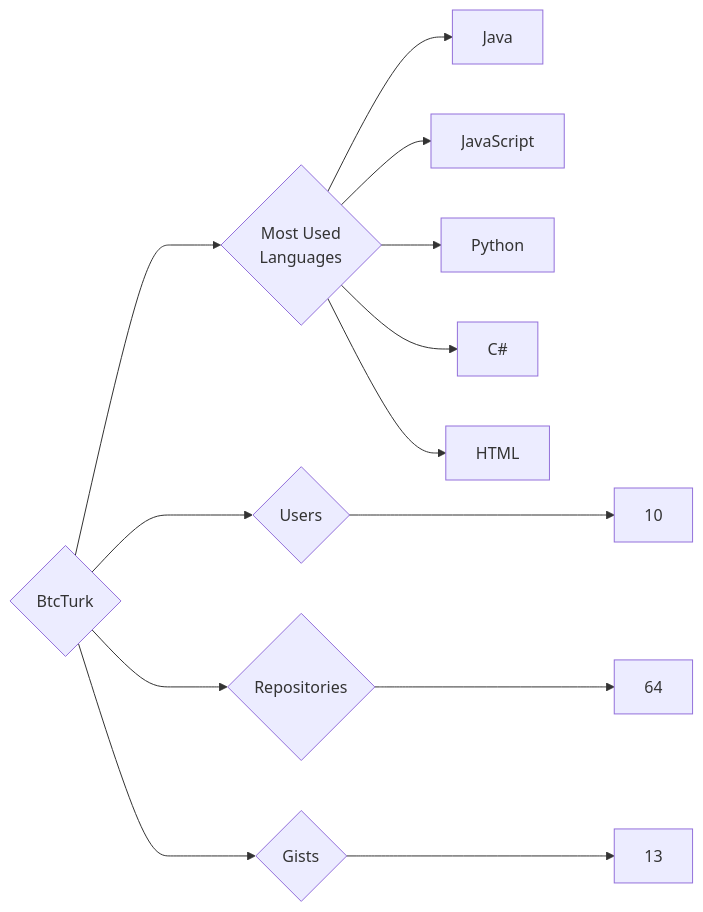
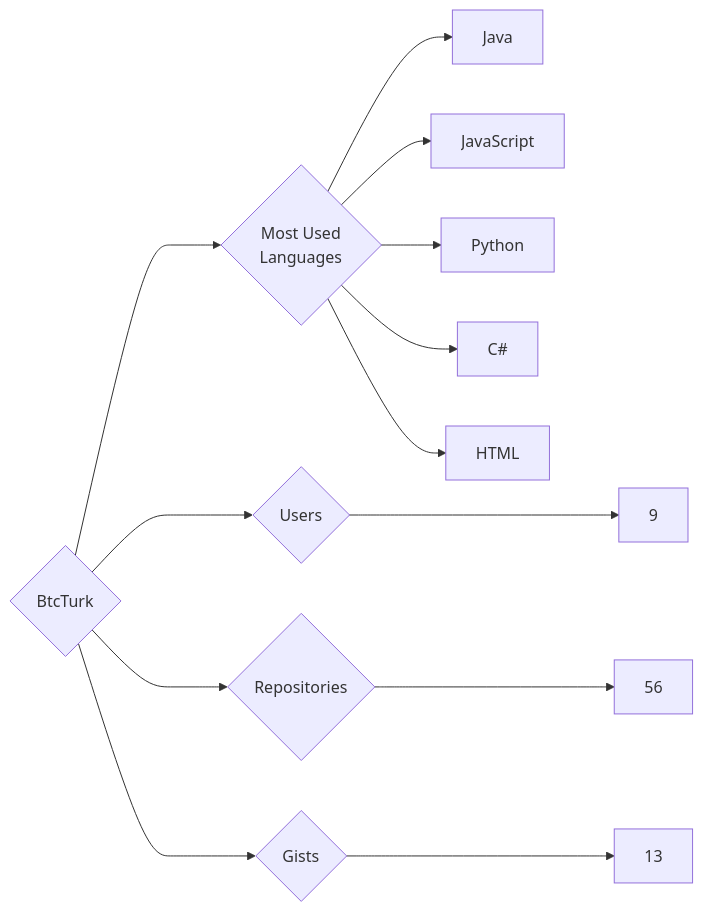
One commit to trickest/insiders changed the diagram in targets/BtcTurk/README.md. Above: the diagram before and after it, drawn with Mermaid. The commit also changed 1167 other files, not shown here.

````diff
--- a/targets/BtcTurk/README.md
+++ b/targets/BtcTurk/README.md
@@ -3,13 +3,13 @@
 ```mermaid
 graph LR
 COMPANY_NAME{BtcTurk}
-COMPANY_NAME ---> U{Users} ---> UN[10]
-COMPANY_NAME ---> R{Repositories} ---> RN[64]
+COMPANY_NAME ---> U{Users} ---> UN[9]
+COMPANY_NAME ---> R{Repositories} ---> RN[56]
 COMPANY_NAME ---> G{Gists} ---> GN[13]
 COMPANY_NAME ---> ML{Most Used<br>Languages}
 ML --> Java[Java]
 ML --> JavaScript[JavaScript]
 ML --> Python[Python]
 ML --> C#[C#]
 ML --> HTML[HTML]
 ```
````
